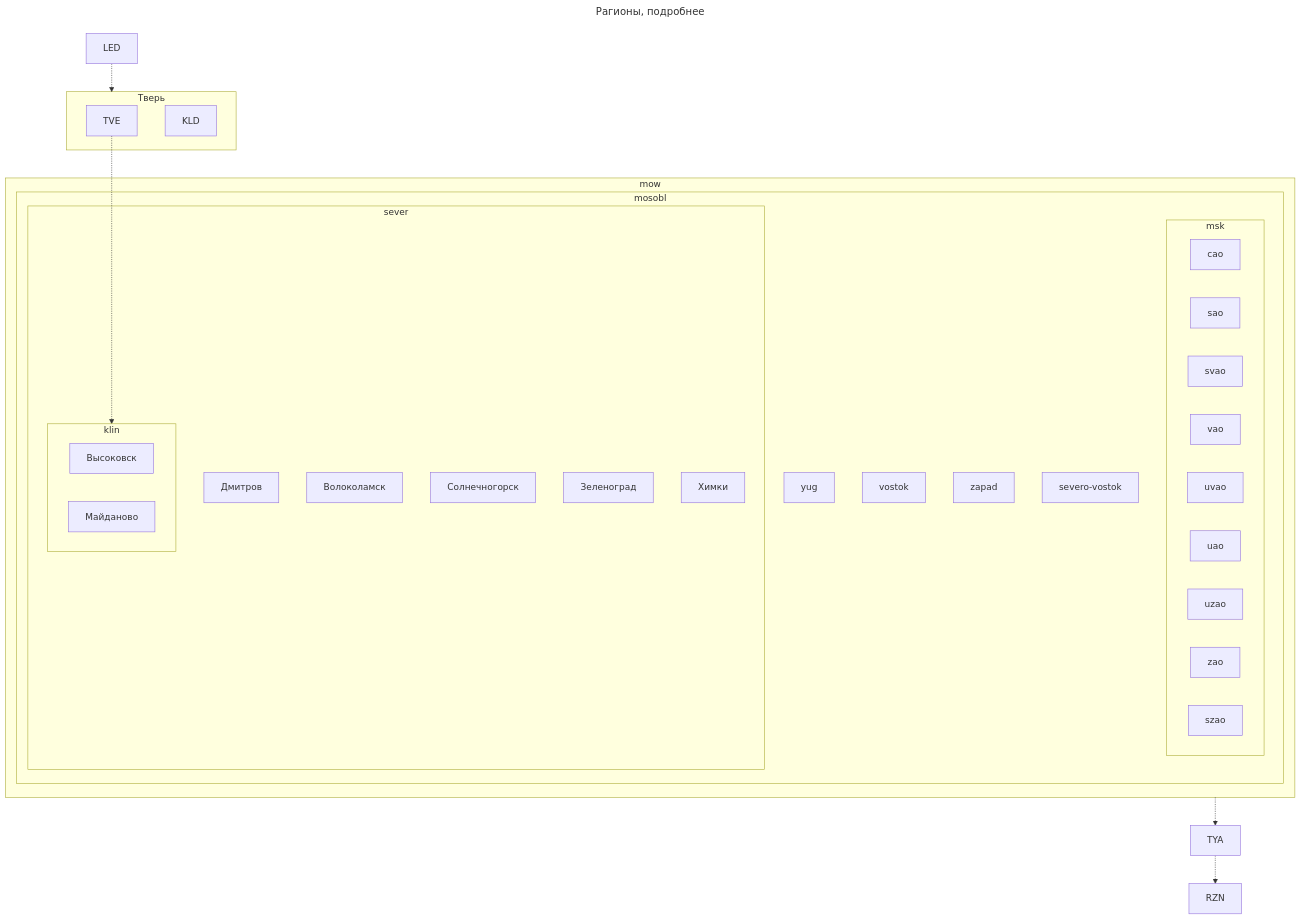
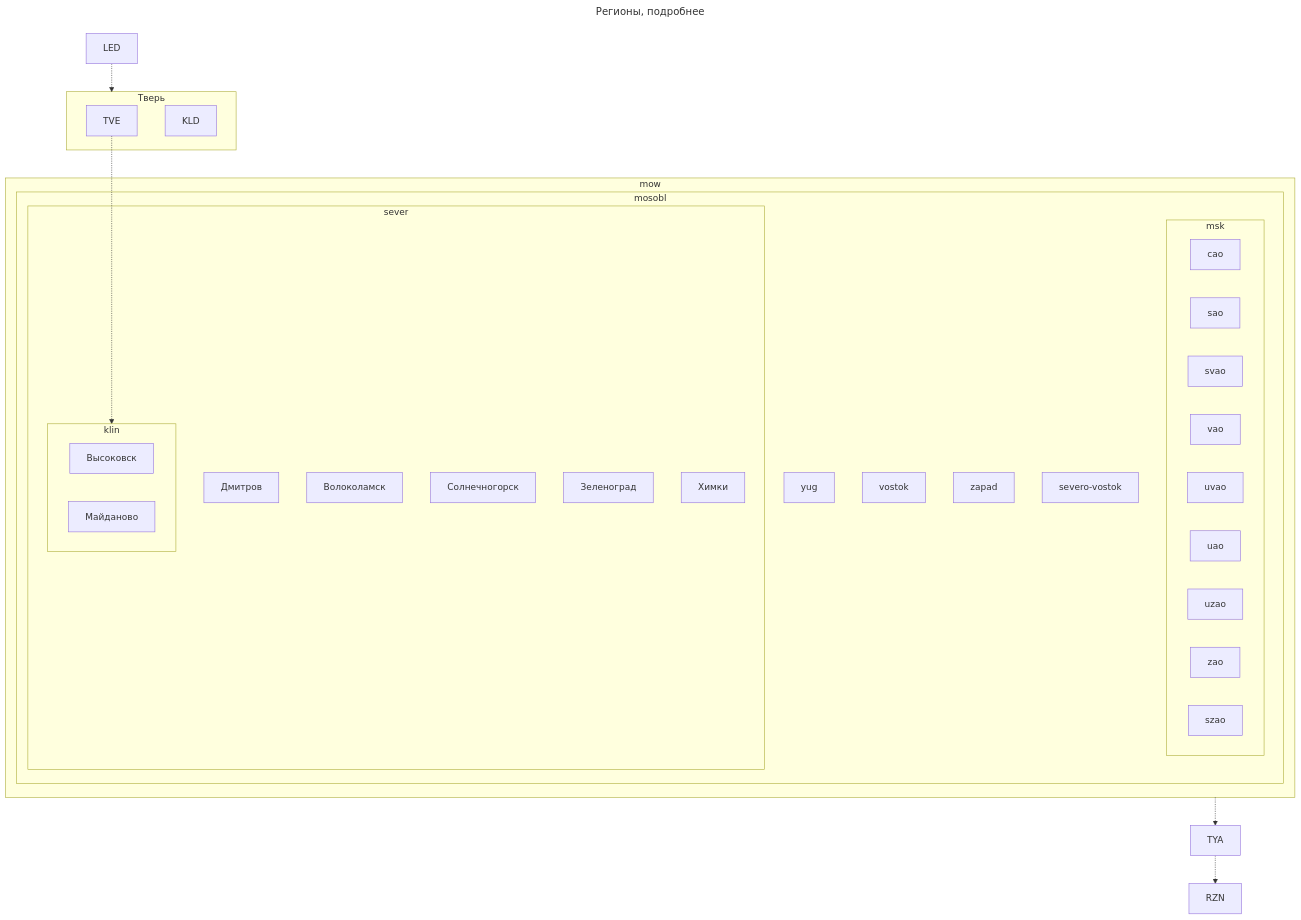
Before and after one commit to Krey81/lora: the second of 4 diagrams in notes/README.md, drawn with Mermaid. The commit also changed other lines of this file and 1 other file, not shown here.

````diff
--- a/notes/README.md
+++ b/notes/README.md
@@ -124,44 +128,44 @@
 ```mermaid
 ---
-title: Рагионы, подробнее
+title: Регионы, подробнее
 ---
 flowchart TD
 LED-.->Tver
 subgraph Tver[Тверь]
     TVE
     KLD
 end
 TVE-.->klin
 subgraph mow
     subgraph mosobl
         subgraph mosobl-sever[sever]
             subgraph klin
                 Высоковск
                 Майданово
             end
             Дмитров
             Волоколамск
             Солнечногорск
             Зеленоград
             Химки
         end
         mosobl-yug[yug]
         mosobl-vostok[vostok]
         mosobl-zapad[zapad]
         mosobl-severo-vostok[severo-vostok]
         subgraph msk
             cao
             sao
             svao
             vao
             uvao
             uao
             uzao
             zao
             szao
         end
     end 
 end
 mow-.->TYA-.->RZN
 
 ```
````
